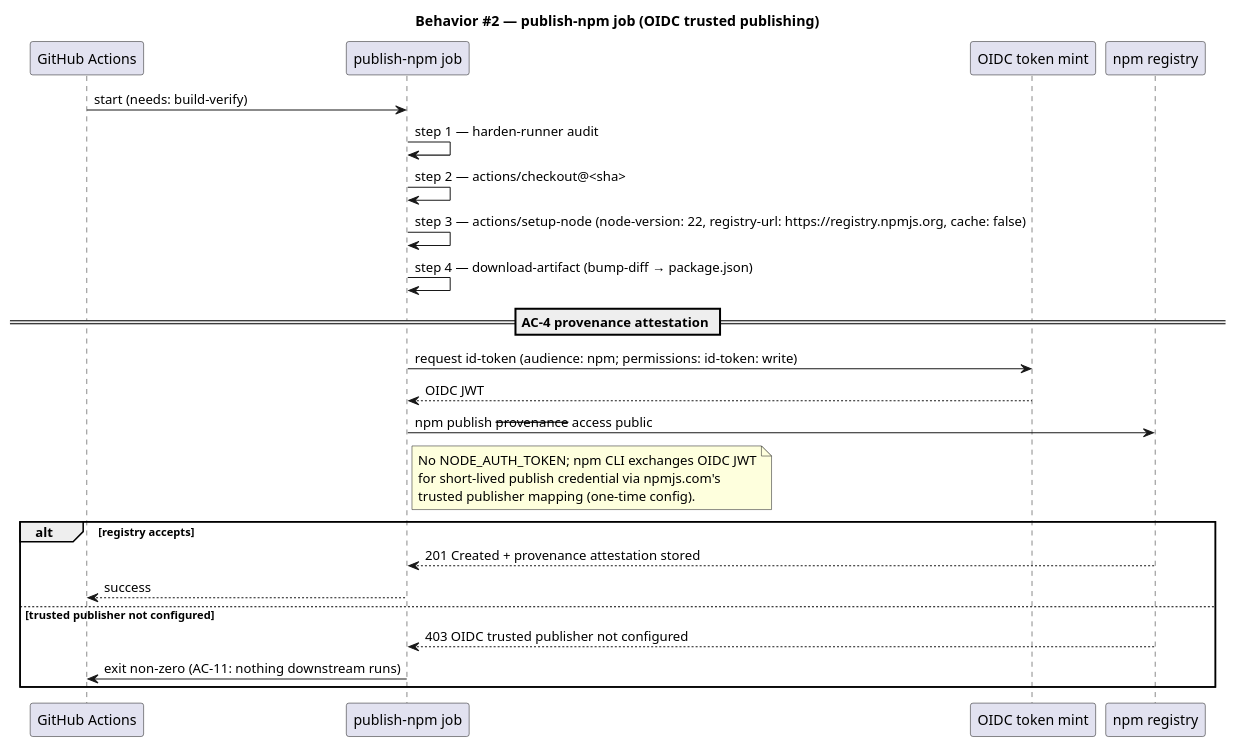
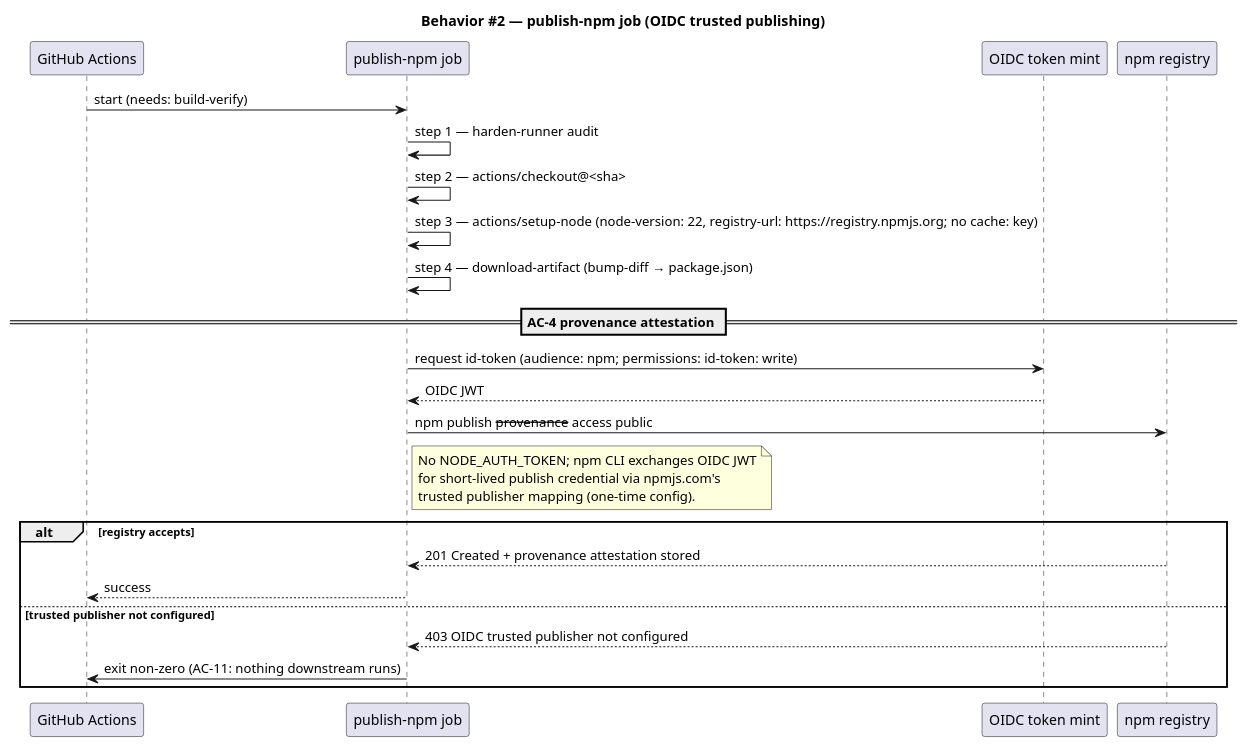
Before and after one commit to friedbotstudio/baseline: the sixth of 12 diagrams in docs/specs/release-workflow.md, drawn with PlantUML. The commit also changed other lines of this file and 6 other files, not shown here.

First line of the commit message:
fix(release-workflow): correct AC-006/AC-011/AC-013 — cache:false fatal + missing build-verify needs edge

````diff
--- a/docs/specs/release-workflow.md
+++ b/docs/specs/release-workflow.md
@@ -229,32 +232,32 @@
 ```plantuml
 @startuml
 title Behavior #2 — publish-npm job (OIDC trusted publishing)
 participant "GitHub Actions" as GHA
 participant "publish-npm job" as PUB
 participant "OIDC token mint" as OIDC
 participant "npm registry" as NPM
 
 GHA -> PUB : start (needs: build-verify)
 PUB -> PUB : step 1 — harden-runner audit
 PUB -> PUB : step 2 — actions/checkout@<sha>
-PUB -> PUB : step 3 — actions/setup-node (node-version: 22, registry-url: https://registry.npmjs.org, cache: false)
+PUB -> PUB : step 3 — actions/setup-node (node-version: 22, registry-url: https://registry.npmjs.org; no cache: key)
 PUB -> PUB : step 4 — download-artifact (bump-diff → package.json)
 
 == AC-4 provenance attestation ==
 PUB -> OIDC : request id-token (audience: npm; permissions: id-token: write)
 OIDC --> PUB : OIDC JWT
 PUB -> NPM : npm publish --provenance --access public
 note right of PUB
   No NODE_AUTH_TOKEN; npm CLI exchanges OIDC JWT
   for short-lived publish credential via npmjs.com's
   trusted publisher mapping (one-time config).
 end note
 alt registry accepts
   NPM --> PUB : 201 Created + provenance attestation stored
   PUB --> GHA : success
 else trusted publisher not configured
   NPM --> PUB : 403 OIDC trusted publisher not configured
   PUB -> GHA : exit non-zero (AC-11: nothing downstream runs)
 end
 @enduml
 ```
````
